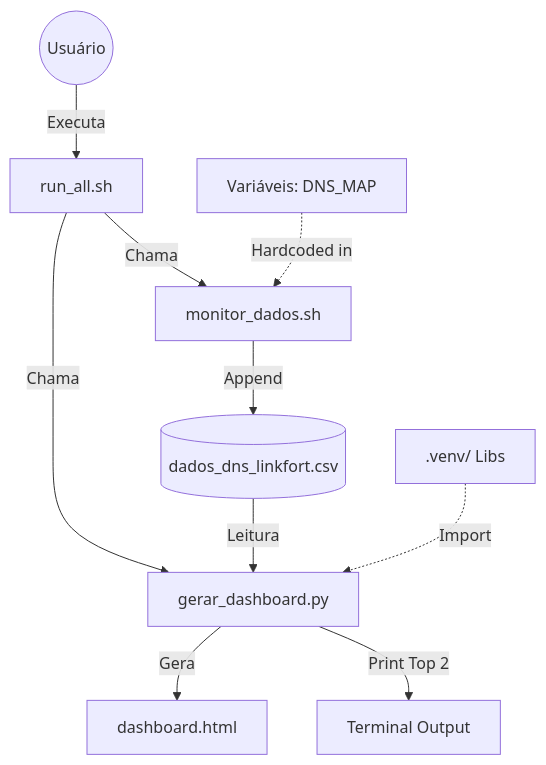
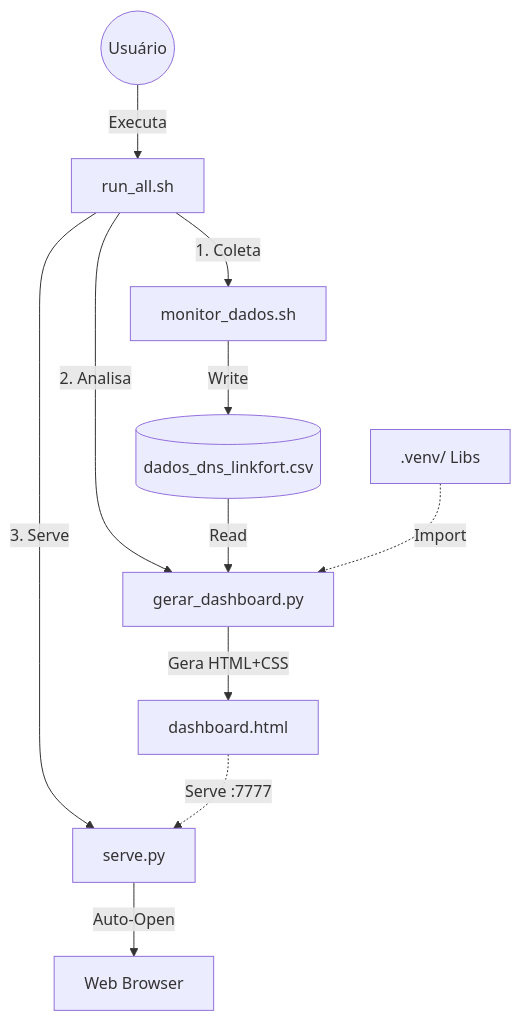
The diagram in linkfort/ARQUITETURA.md (Gerson-Santiago/scriptbash), drawn with Mermaid before and after one commit. The commit also changed other lines of this file and 7 other files, not shown here.

````diff
--- a/linkfort/ARQUITETURA.md
+++ b/linkfort/ARQUITETURA.md
@@ -7,32 +7,34 @@
 ```mermaid
 graph TD
     %% Nós de Entrada e Configuração
     User((Usuário))
     Orchestrator[run_all.sh]
-    Config[Variáveis: DNS_MAP]
     
     %% Camada de Coleta
     Monitor[monitor_dados.sh]
     RawData[(dados_dns_linkfort.csv)]
     
     %% Camada de Processamento
     Analyzer[gerar_dashboard.py]
     Venv[.venv/ Libs]
     
-    %% Saída
-    Dashboard[dashboard.html]
-    Console[Terminal Output]
-
+    %% Camada de Servidor
+    Server[serve.py]
+    Browser[Web Browser]
+    
     %% Fluxo
     User -->|Executa| Orchestrator
-    Orchestrator -->|Chama| Monitor
-    Config -.->|Hardcoded in| Monitor
-    Monitor -->|Append| RawData
     
-    Orchestrator -->|Chama| Analyzer
-    RawData -->|Leitura| Analyzer
+    Orchestrator -->|1. Coleta| Monitor
+    Monitor -->|Write| RawData
+    
+    Orchestrator -->|2. Analisa| Analyzer
+    RawData -->|Read| Analyzer
     Venv -.->|Import| Analyzer
     
-    Analyzer -->|Gera| Dashboard
-    Analyzer -->|Print Top 2| Console
+    Analyzer -->|Gera HTML+CSS| Dashboard[dashboard.html]
+    
+    Orchestrator -->|3. Serve| Server
+    Dashboard -.->|Serve :7777| Server
+    Server -->|Auto-Open| Browser
 ```
````
